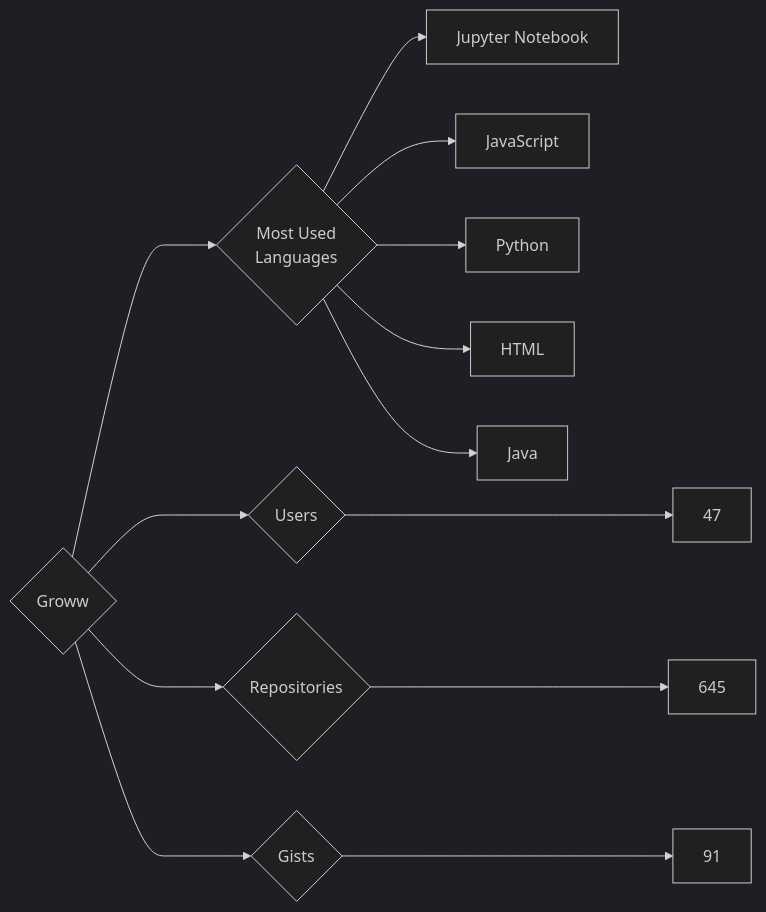
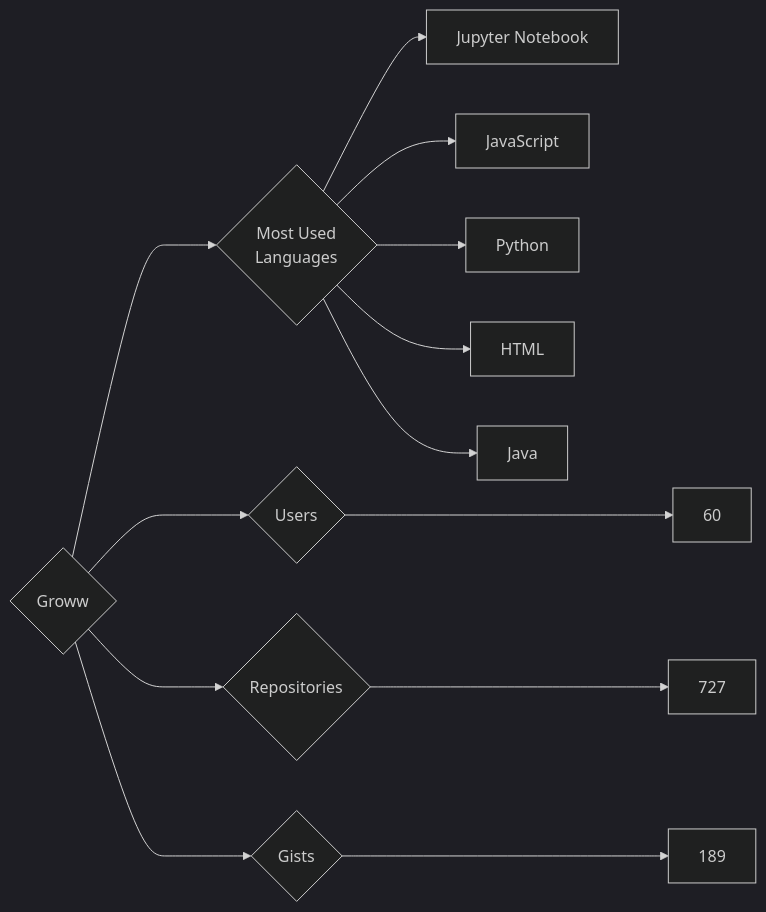
The diagram in targets/Groww/README.md (trickest/insiders), drawn with Mermaid (dark theme) before and after one commit. The commit also changed 914 other files, not shown here.

````diff
--- a/targets/Groww/README.md
+++ b/targets/Groww/README.md
@@ -3,13 +3,13 @@
 ```mermaid
 graph LR
 COMPANY_NAME{Groww}
-COMPANY_NAME ---> U{Users} ---> UN[47]
-COMPANY_NAME ---> R{Repositories} ---> RN[645]
-COMPANY_NAME ---> G{Gists} ---> GN[91]
+COMPANY_NAME ---> U{Users} ---> UN[60]
+COMPANY_NAME ---> R{Repositories} ---> RN[727]
+COMPANY_NAME ---> G{Gists} ---> GN[189]
 COMPANY_NAME ---> ML{Most Used<br>Languages}
 ML --> Jupyter_Notebook[Jupyter Notebook]
 ML --> JavaScript[JavaScript]
 ML --> Python[Python]
 ML --> HTML[HTML]
 ML --> Java[Java]
 ```
````
